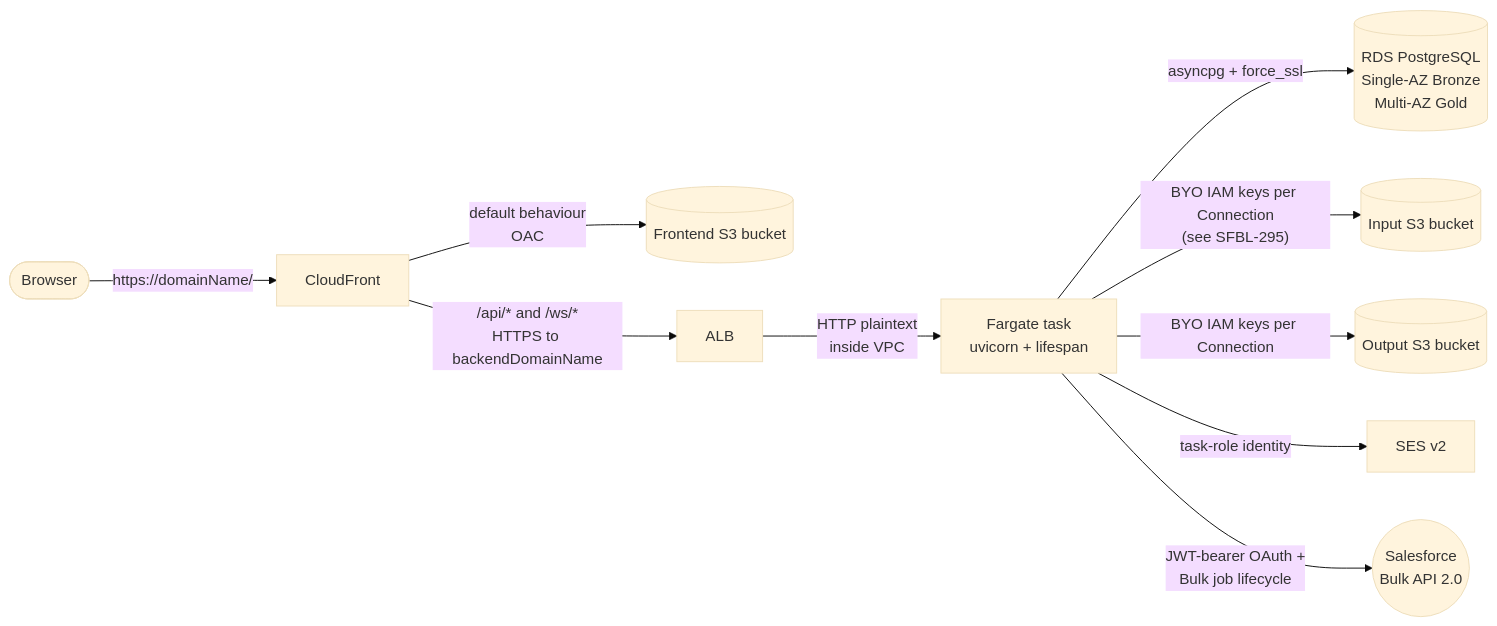
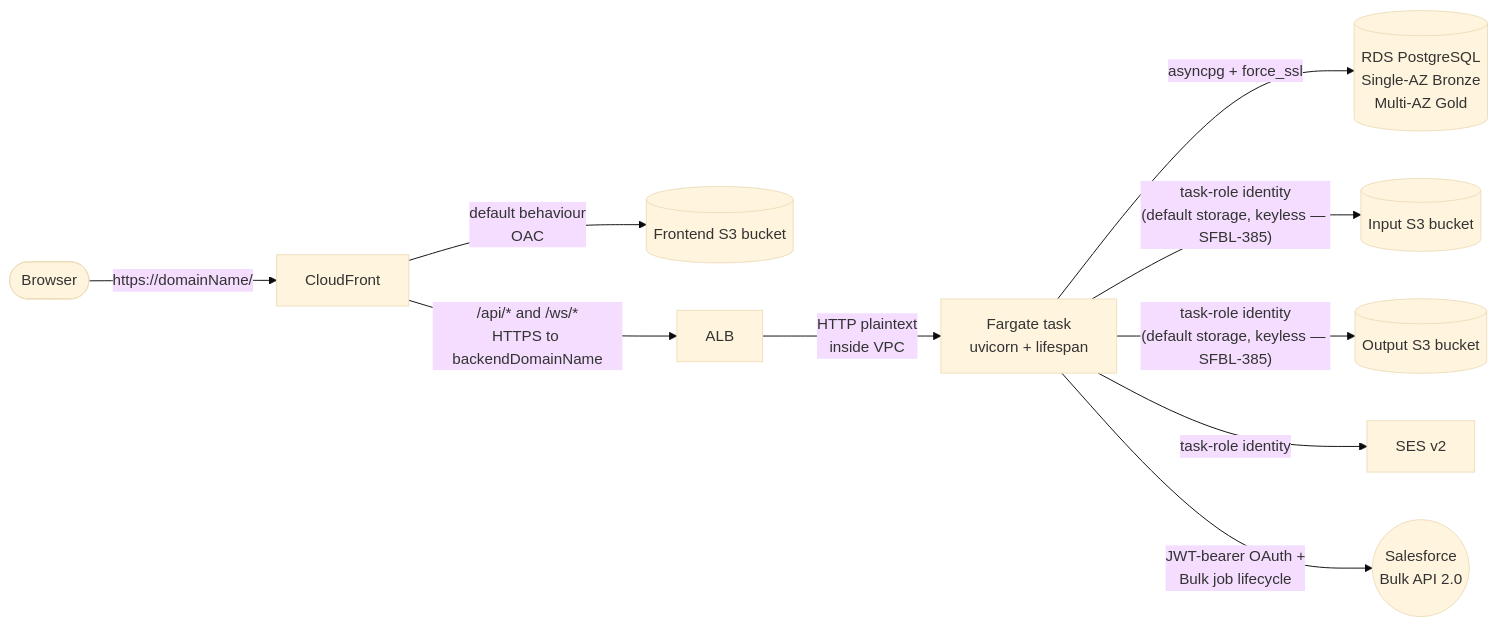
Before and after one commit to eelywasa/sf-bulk-loader: the first of 4 diagrams in docs/architecture/aws-topology.md, drawn with Mermaid (base theme). The commit also changed other lines of this file and 6 other files, not shown here.

First line of the commit message:
SFBL-387: CDK first-party bucket env vars + scoped task-role S3 grants

````diff
--- a/docs/architecture/aws-topology.md
+++ b/docs/architecture/aws-topology.md
@@ -11,24 +11,24 @@
 ```mermaid
 flowchart LR
   user([Browser])
   cf[CloudFront]
   s3fe[(Frontend S3 bucket)]
   alb[ALB]
   ecs[Fargate task<br/>uvicorn + lifespan]
   rds[(RDS PostgreSQL<br/>Single-AZ Bronze<br/>Multi-AZ Gold)]
   s3in[(Input S3 bucket)]
   s3out[(Output S3 bucket)]
   ses[SES v2]
   sf((Salesforce<br/>Bulk API 2.0))
 
   user -->|"https://domainName/"| cf
   cf -->|default behaviour<br/>OAC| s3fe
   cf -->|"/api/* and /ws/*<br/>HTTPS to backendDomainName"| alb
   alb -->|HTTP plaintext<br/>inside VPC| ecs
 
   ecs -->|"asyncpg + force_ssl"| rds
-  ecs -->|"BYO IAM keys per Connection<br/>(see SFBL-295)"| s3in
-  ecs -->|"BYO IAM keys per Connection"| s3out
+  ecs -->|"task-role identity<br/>(default storage, keyless — SFBL-385)"| s3in
+  ecs -->|"task-role identity<br/>(default storage, keyless — SFBL-385)"| s3out
   ecs -->|"task-role identity"| ses
   ecs -->|"JWT-bearer OAuth +<br/>Bulk job lifecycle"| sf
 ```
````
